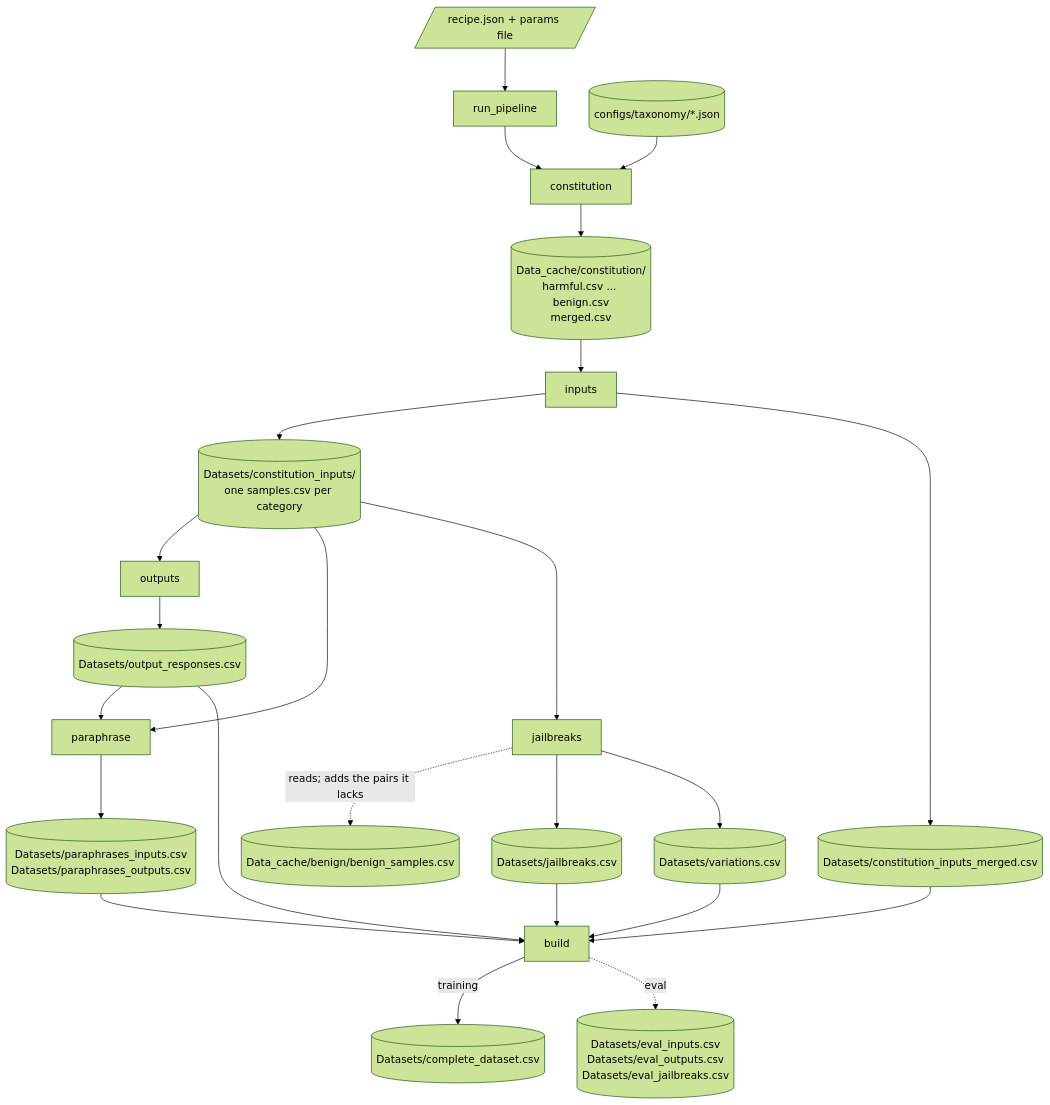
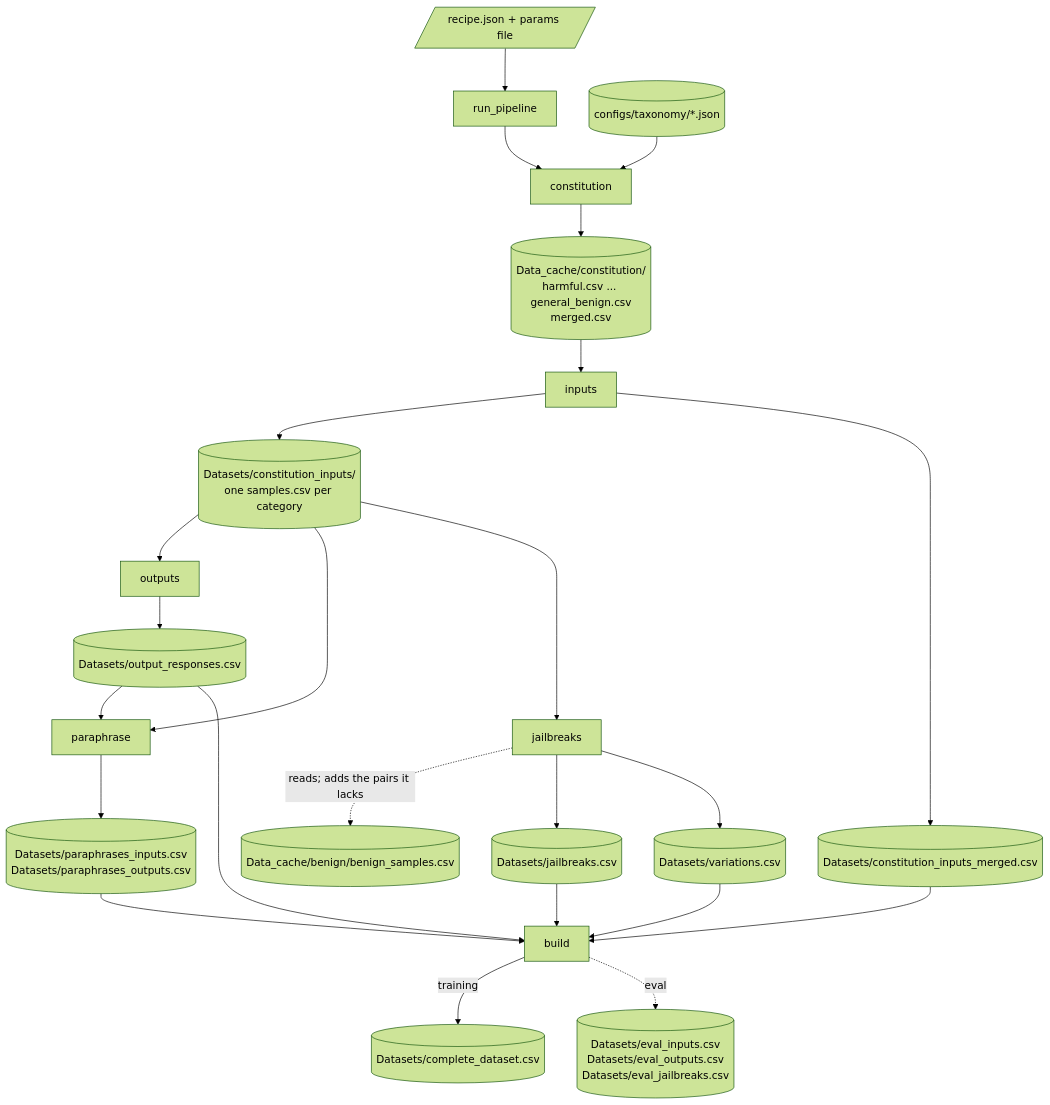
Before and after one commit to CentreSecuriteIA/REDACT: the diagram in docs/overview.md, drawn with Mermaid (forest theme). The commit also changed other lines of this file and 6 other files, not shown here.

````diff
--- a/docs/overview.md
+++ b/docs/overview.md
@@ -45,26 +46,26 @@
 ```mermaid
 flowchart TD
     recipe[/"recipe.json + params file"/] --> driver["run_pipeline"]
     taxonomy[("configs/taxonomy/*.json")] --> constitution
     driver --> constitution["constitution"]
-    constitution --> const[("Data_cache/constitution/<br/>harmful.csv ... benign.csv<br/>merged.csv")]
+    constitution --> const[("Data_cache/constitution/<br/>harmful.csv ... general_benign.csv<br/>merged.csv")]
     const --> inputs["inputs"]
     inputs --> tree[("Datasets/constitution_inputs/<br/>one samples.csv per category")]
     inputs --> merged[("Datasets/constitution_inputs_merged.csv")]
     tree --> outputs["outputs"]
     tree --> paraphrase["paraphrase"]
     tree --> jailbreaks["jailbreaks"]
     outputs --> resp[("Datasets/output_responses.csv")]
     resp --> paraphrase
     paraphrase --> para[("Datasets/paraphrases_inputs.csv<br/>Datasets/paraphrases_outputs.csv")]
     jailbreaks -.->|"reads; adds the pairs it lacks"| benign[("Data_cache/benign/benign_samples.csv")]
     jailbreaks --> jb[("Datasets/jailbreaks.csv")]
     jailbreaks --> var[("Datasets/variations.csv")]
     merged --> build["build"]
     resp --> build
     para --> build
     jb --> build
     var --> build
     build -->|training| complete[("Datasets/complete_dataset.csv")]
     build -.->|eval| evalsets[("Datasets/eval_inputs.csv<br/>Datasets/eval_outputs.csv<br/>Datasets/eval_jailbreaks.csv")]
 ```
````
